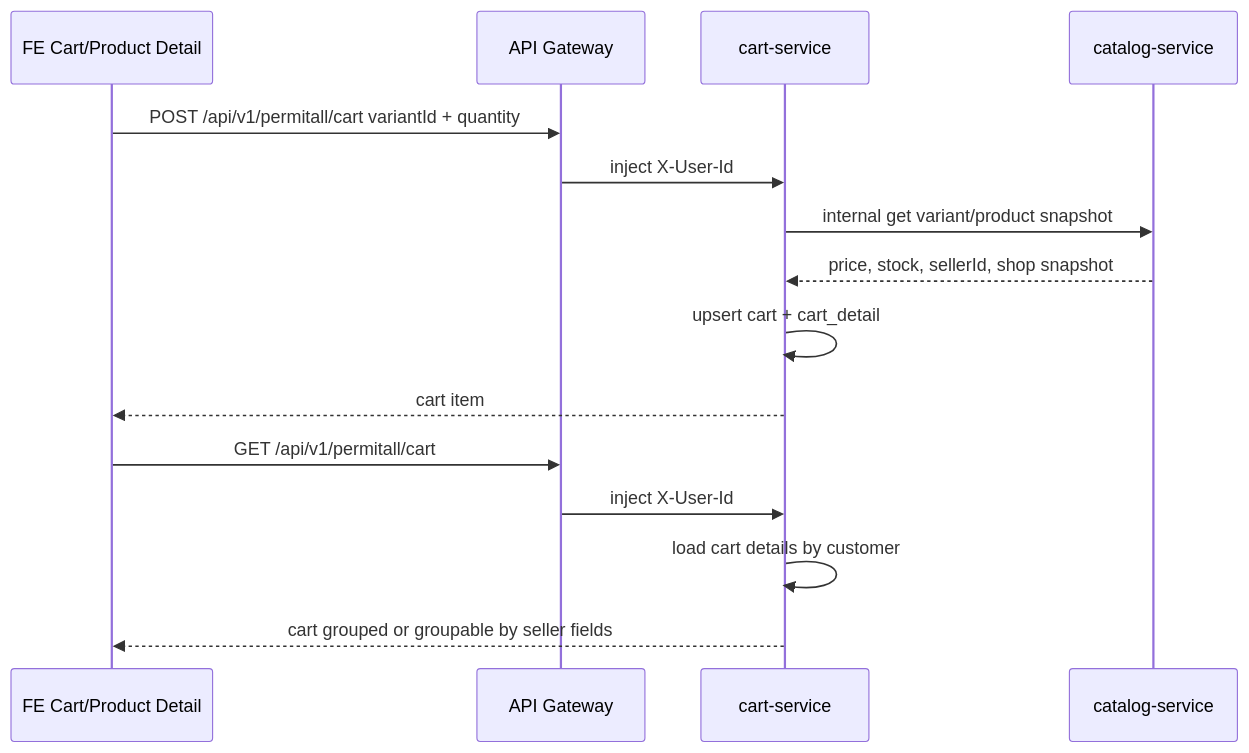
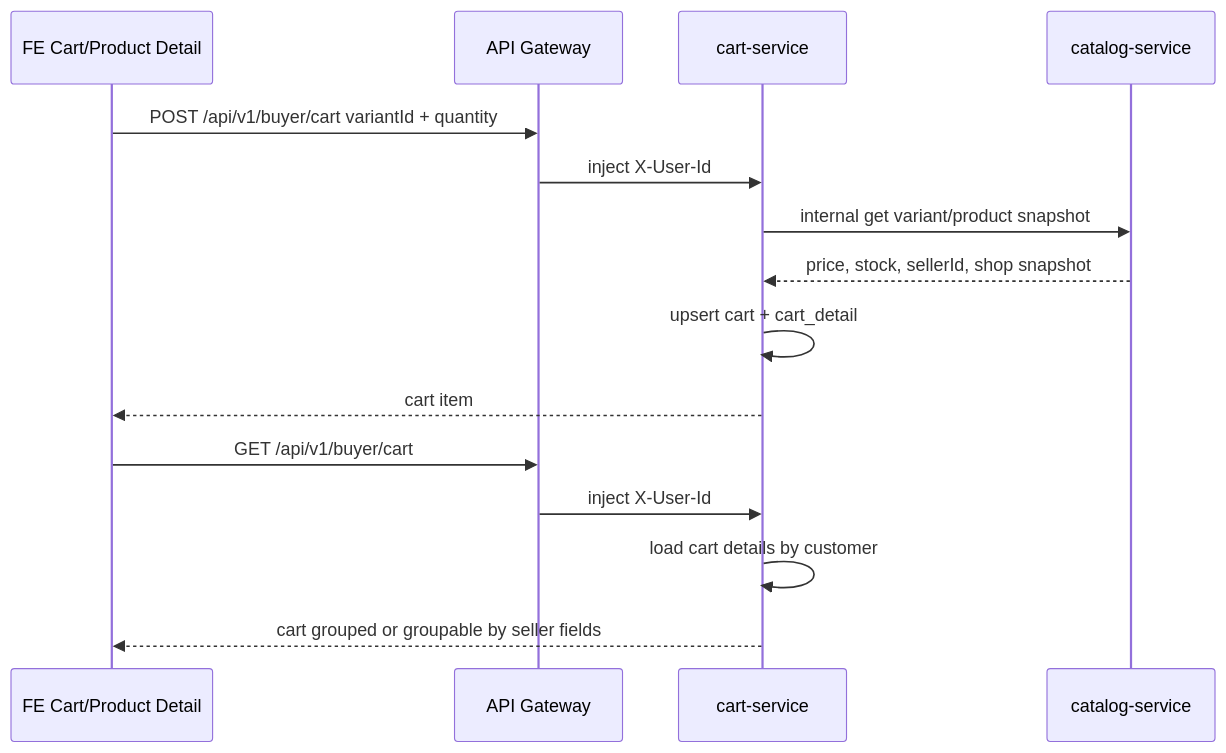
Before and after one commit to NguyenDuoc2005/e-commerce: the fifth of 9 diagrams in HE_THONG_HIEN_TAI_MARKETPLACE.md, drawn with Mermaid. The commit also changed other lines of this file and 18 other files, not shown here.

Commit message:
refactor(buyer-api): move protected routes out of permitall

````diff
--- a/HE_THONG_HIEN_TAI_MARKETPLACE.md
+++ b/HE_THONG_HIEN_TAI_MARKETPLACE.md
@@ -1891,19 +1889,19 @@
 ```mermaid
 sequenceDiagram
     participant FE as FE Cart/Product Detail
     participant GW as API Gateway
     participant CART as cart-service
     participant CAT as catalog-service
 
-    FE->>GW: POST /api/v1/permitall/cart variantId + quantity
+    FE->>GW: POST /api/v1/buyer/cart variantId + quantity
     GW->>CART: inject X-User-Id
     CART->>CAT: internal get variant/product snapshot
     CAT-->>CART: price, stock, sellerId, shop snapshot
     CART->>CART: upsert cart + cart_detail
     CART-->>FE: cart item
 
-    FE->>GW: GET /api/v1/permitall/cart
+    FE->>GW: GET /api/v1/buyer/cart
     GW->>CART: inject X-User-Id
     CART->>CART: load cart details by customer
     CART-->>FE: cart grouped or groupable by seller fields
 ```
````
